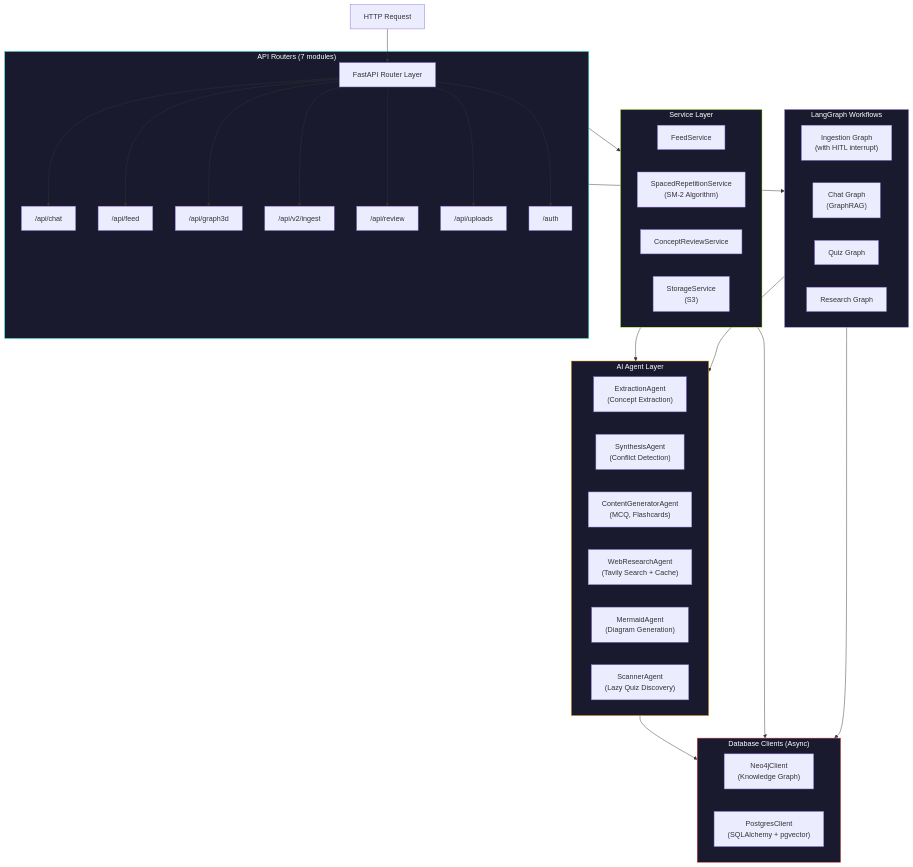
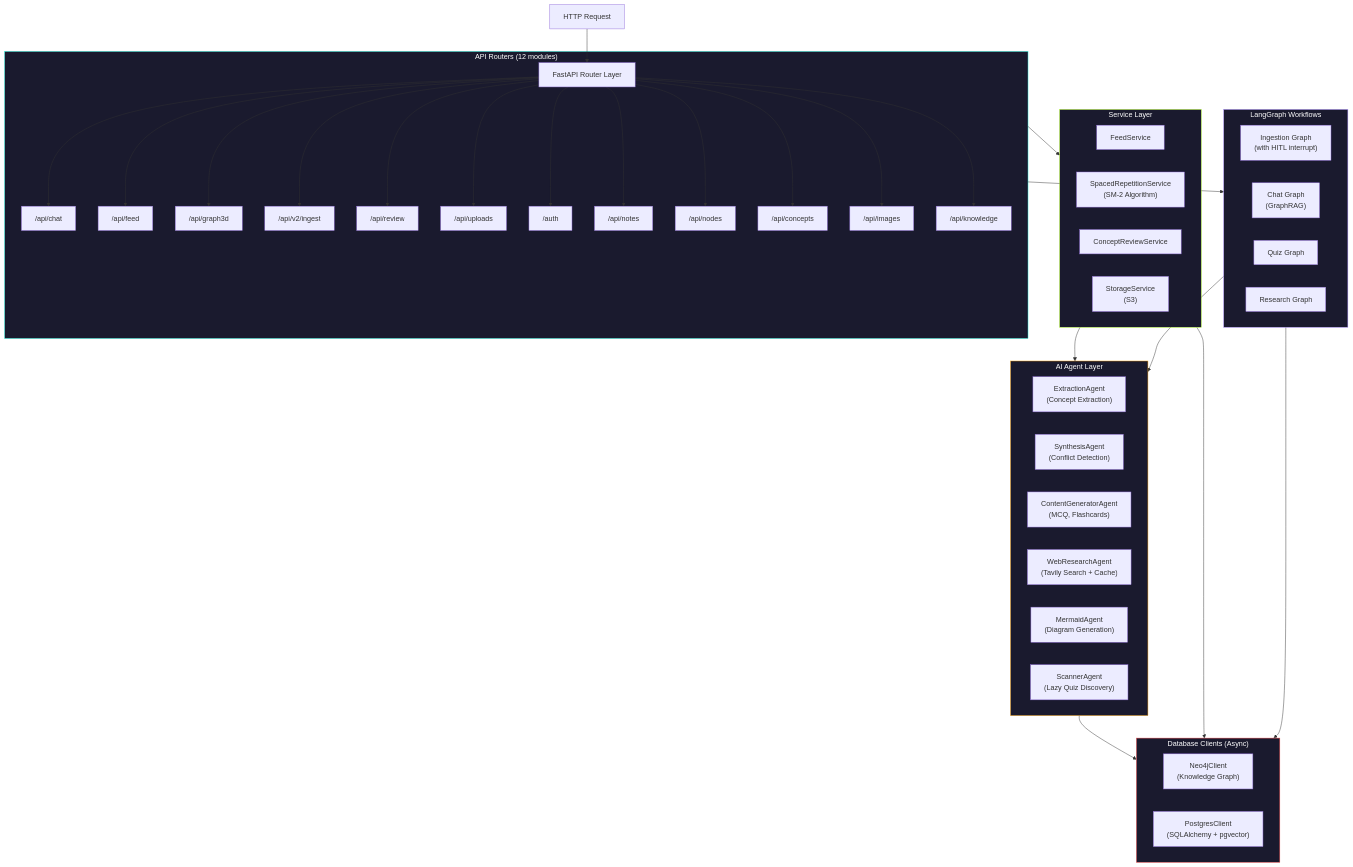
One commit to usnaveen/GraphRecall changed the second of 7 diagrams in README.md. Above: the diagram before and after it, drawn with Mermaid. The commit also changed other lines of this file and 6 other files, not shown here.

````diff
--- a/README.md
+++ b/README.md
@@ -129,56 +138,61 @@
 ```mermaid
 graph TD
     A["HTTP Request"] --> B["FastAPI Router Layer"]
 
-    subgraph Routers["API Routers (7 modules)"]
+    subgraph Routers["API Routers (12 modules)"]
         B --> R1["/api/chat"]
         B --> R2["/api/feed"]
         B --> R3["/api/graph3d"]
         B --> R4["/api/v2/ingest"]
         B --> R5["/api/review"]
         B --> R6["/api/uploads"]
         B --> R7["/auth"]
+        B --> R8["/api/notes"]
+        B --> R9["/api/nodes"]
+        B --> R10["/api/concepts"]
+        B --> R11["/api/images"]
+        B --> R12["/api/knowledge"]
     end
 
     subgraph Services["Service Layer"]
         S1["FeedService"]
         S2["SpacedRepetitionService\n(SM-2 Algorithm)"]
         S3["ConceptReviewService"]
         S4["StorageService\n(S3)"]
     end
 
     subgraph Agents["AI Agent Layer"]
         AG1["ExtractionAgent\n(Concept Extraction)"]
         AG2["SynthesisAgent\n(Conflict Detection)"]
         AG3["ContentGeneratorAgent\n(MCQ, Flashcards)"]
         AG4["WebResearchAgent\n(Tavily Search + Cache)"]
         AG5["MermaidAgent\n(Diagram Generation)"]
         AG6["ScannerAgent\n(Lazy Quiz Discovery)"]
     end
 
     subgraph Graphs["LangGraph Workflows"]
         G1["Ingestion Graph\n(with HITL interrupt)"]
         G2["Chat Graph\n(GraphRAG)"]
         G3["Quiz Graph"]
         G4["Research Graph"]
     end
 
     subgraph DB["Database Clients (Async)"]
         D1["Neo4jClient\n(Knowledge Graph)"]
         D2["PostgresClient\n(SQLAlchemy + pgvector)"]
     end
 
     Routers --> Services
     Routers --> Graphs
     Services --> Agents
     Graphs --> Agents
     Agents --> DB
     Services --> DB
     Graphs --> DB
 
     style Routers fill:#1a1a2e,stroke:#2EFFE6,color:#fff
     style Services fill:#1a1a2e,stroke:#B6FF2E,color:#fff
     style Agents fill:#1a1a2e,stroke:#f59e0b,color:#fff
     style Graphs fill:#1a1a2e,stroke:#a78bfa,color:#fff
     style DB fill:#1a1a2e,stroke:#ef4444,color:#fff
 ```
````
